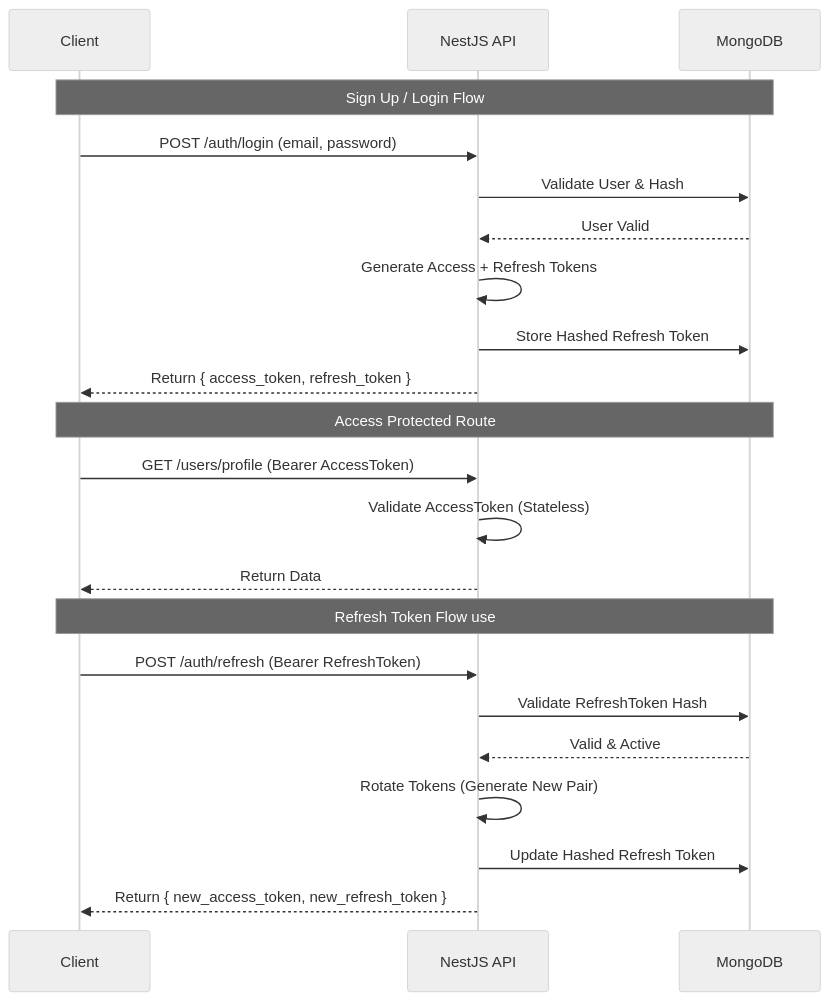
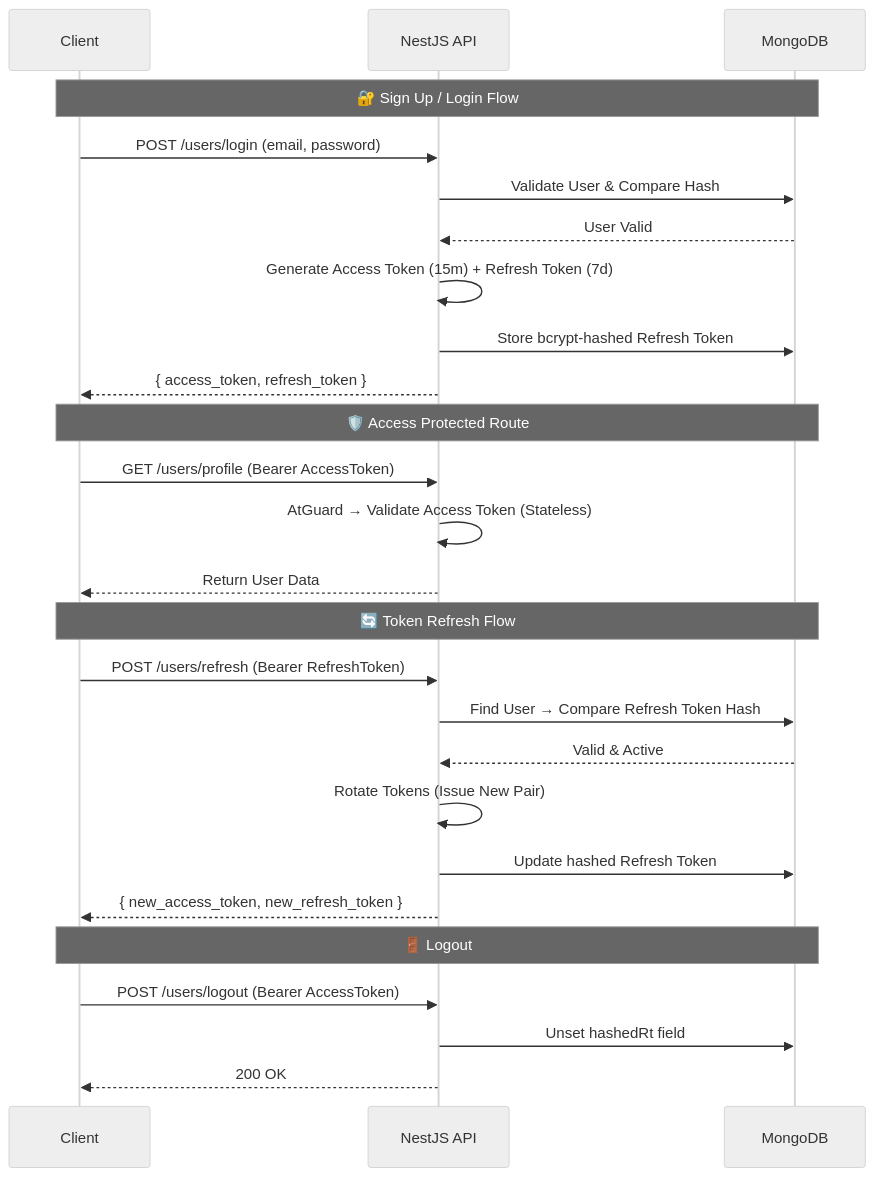
Before and after one commit to debayudh07/backend-architecture-project: the second of 6 diagrams in README.md, drawn with Mermaid (neutral theme). The commit also changed other lines of this file, not shown here.

````diff
--- a/README.md
+++ b/README.md
@@ -41,27 +105,32 @@
 ```mermaid
 sequenceDiagram
     participant Client
     participant API as NestJS API
     participant DB as MongoDB
-    
-    Note over Client, DB: Sign Up / Login Flow
-    Client->>API: POST /auth/login (email, password)
-    API->>DB: Validate User & Hash
+
+    Note over Client, DB: 🔐 Sign Up / Login Flow
+    Client->>API: POST /users/login (email, password)
+    API->>DB: Validate User & Compare Hash
     DB-->>API: User Valid
-    API->>API: Generate Access + Refresh Tokens
-    API->>DB: Store Hashed Refresh Token
-    API-->>Client: Return { access_token, refresh_token }
+    API->>API: Generate Access Token (15m) + Refresh Token (7d)
+    API->>DB: Store bcrypt-hashed Refresh Token
+    API-->>Client: { access_token, refresh_token }
 
-    Note over Client, DB: Access Protected Route
+    Note over Client, DB: 🛡️ Access Protected Route
     Client->>API: GET /users/profile (Bearer AccessToken)
-    API->>API: Validate AccessToken (Stateless)
-    API-->>Client: Return Data
+    API->>API: AtGuard → Validate Access Token (Stateless)
+    API-->>Client: Return User Data
 
-    Note over Client, DB: Refresh Token Flow use
-    Client->>API: POST /auth/refresh (Bearer RefreshToken)
-    API->>DB: Validate RefreshToken Hash
+    Note over Client, DB: 🔄 Token Refresh Flow
+    Client->>API: POST /users/refresh (Bearer RefreshToken)
+    API->>DB: Find User → Compare Refresh Token Hash
     DB-->>API: Valid & Active
-    API->>API: Rotate Tokens (Generate New Pair)
-    API->>DB: Update Hashed Refresh Token
-    API-->>Client: Return { new_access_token, new_refresh_token }
+    API->>API: Rotate Tokens (Issue New Pair)
+    API->>DB: Update hashed Refresh Token
+    API-->>Client: { new_access_token, new_refresh_token }
+
+    Note over Client, DB: 🚪 Logout
+    Client->>API: POST /users/logout (Bearer AccessToken)
+    API->>DB: Unset hashedRt field
+    API-->>Client: 200 OK
 ```
````
